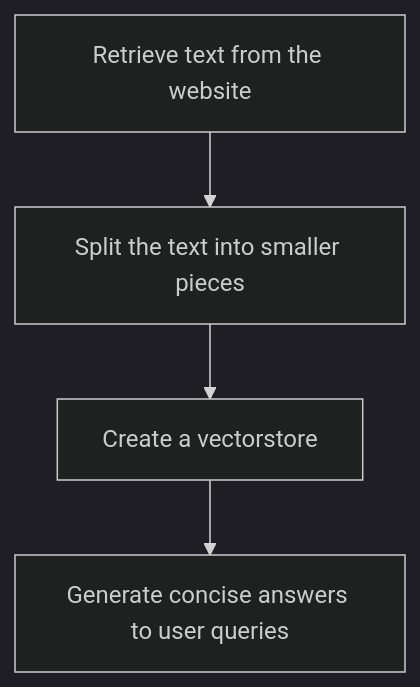
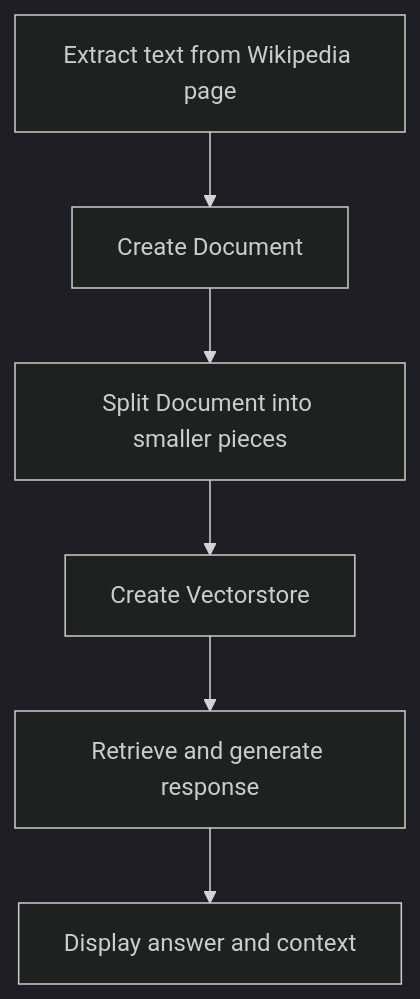
One commit to Patotricks15/Generative-AI-projects changed the diagram in question_answering_website/README.md. Above: the diagram before and after it, drawn with Mermaid (dark theme). The commit also changed other lines of this file and 22 other files, not shown here.

````diff
--- a/question_answering_website/README.md
+++ b/question_answering_website/README.md
@@ -11,6 +12,8 @@
 ```mermaid
 flowchart TD
-A[Retrieve text from the website] --> B[Split the text into smaller pieces]
-B --> C[Create a vectorstore]
-C --> D[Generate concise answers to user queries]
+A[Extract text from Wikipedia page] --> B[Create Document]
+B --> C[Split Document into smaller pieces]
+C --> D[Create Vectorstore]
+D --> E[Retrieve and generate response]
+E --> F[Display answer and context]
 ```
````
